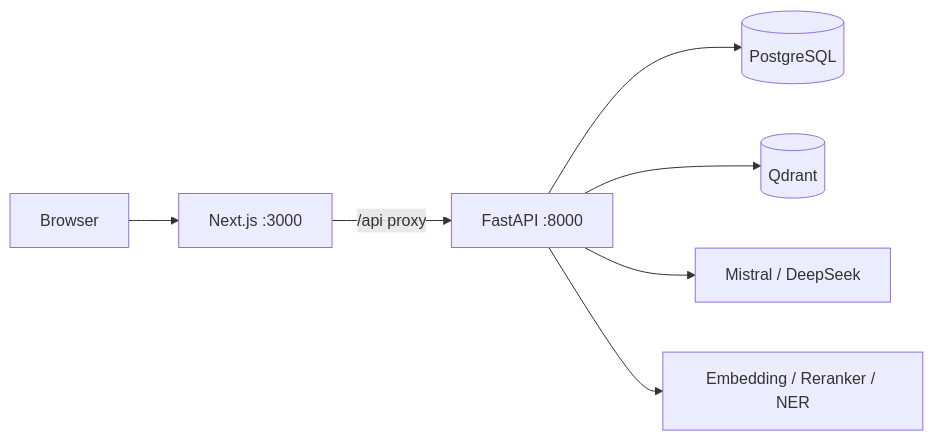
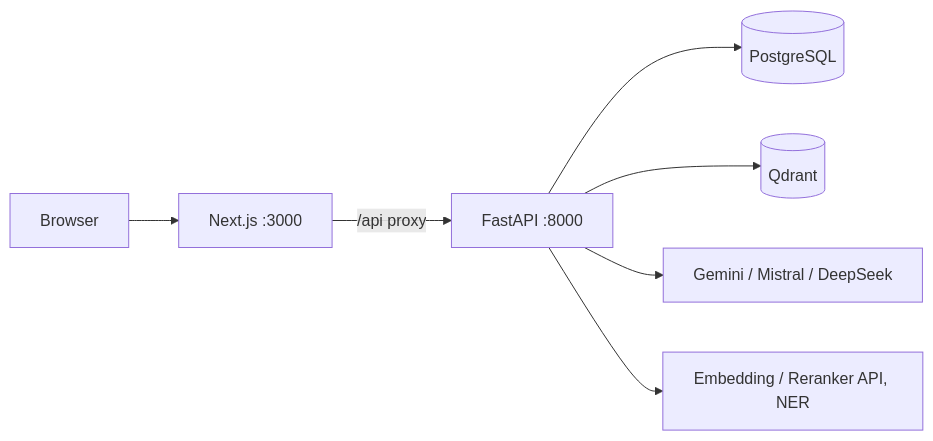
Before and after one commit to tannguyen2k1/Chatbot-with-RAG: the diagram in README.md, drawn with Mermaid. The commit also changed other lines of this file and 56 other files, not shown here.

````diff
--- a/README.md
+++ b/README.md
@@ -43,9 +46,9 @@
 ```mermaid
 flowchart LR
   Browser --> Frontend[Next.js :3000]
   Frontend -->|/api proxy| Backend[FastAPI :8000]
   Backend --> Postgres[(PostgreSQL)]
   Backend --> Qdrant[(Qdrant)]
-  Backend --> LLM[Mistral / DeepSeek]
-  Backend --> Models[Embedding / Reranker / NER]
+  Backend --> LLM[Gemini / Mistral / DeepSeek]
+  Backend --> Models[Embedding / Reranker API, NER]
 ```
````
